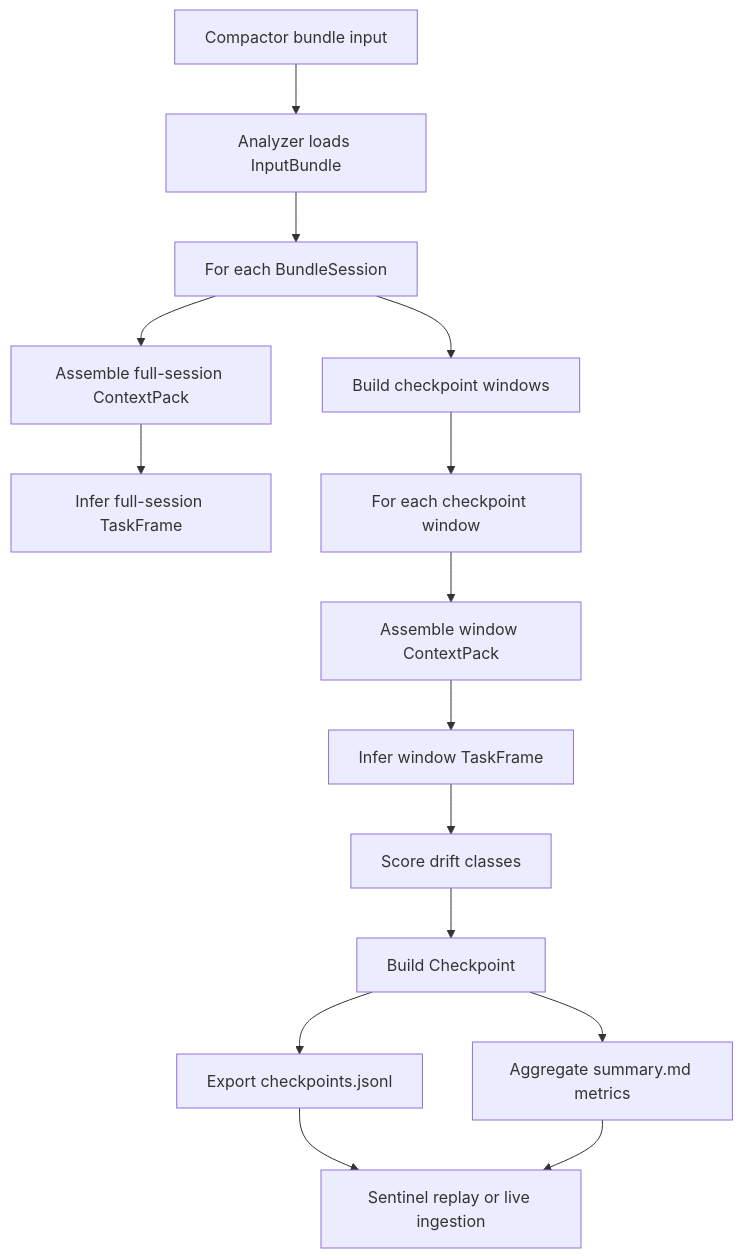
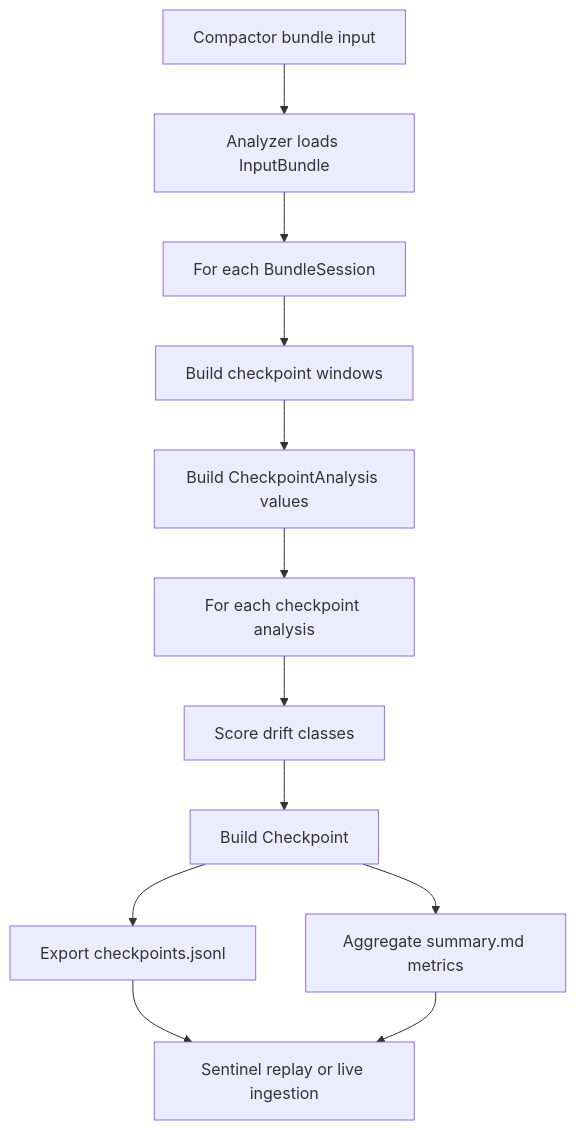
One commit to atomize-hq/substrate changed the first of 13 diagrams in docs/internals/agent-drift-analyzer-current-checkpoint-logic.md. Above: the diagram before and after it, drawn with Mermaid. The commit also changed other lines of this file and 1 other file, not shown here.

````diff
--- a/docs/internals/agent-drift-analyzer-current-checkpoint-logic.md
+++ b/docs/internals/agent-drift-analyzer-current-checkpoint-logic.md
@@ -24,17 +24,14 @@
 ```mermaid
 flowchart TD
     A["Compactor bundle input"] --> B["Analyzer loads InputBundle"]
     B --> C["For each BundleSession"]
-    C --> D["Assemble full-session ContextPack"]
-    D --> E["Infer full-session TaskFrame"]
-    C --> F["Build checkpoint windows"]
-    F --> G["For each checkpoint window"]
-    G --> H["Assemble window ContextPack"]
-    H --> I["Infer window TaskFrame"]
-    I --> J["Score drift classes"]
-    J --> K["Build Checkpoint"]
-    K --> L["Export checkpoints.jsonl"]
-    K --> M["Aggregate summary.md metrics"]
-    L --> N["Sentinel replay or live ingestion"]
-    M --> N
+    C --> D["Build checkpoint windows"]
+    D --> E["Build CheckpointAnalysis values"]
+    E --> F["For each checkpoint analysis"]
+    F --> G["Score drift classes"]
+    G --> H["Build Checkpoint"]
+    H --> I["Export checkpoints.jsonl"]
+    H --> J["Aggregate summary.md metrics"]
+    I --> K["Sentinel replay or live ingestion"]
+    J --> K
 ```
````
